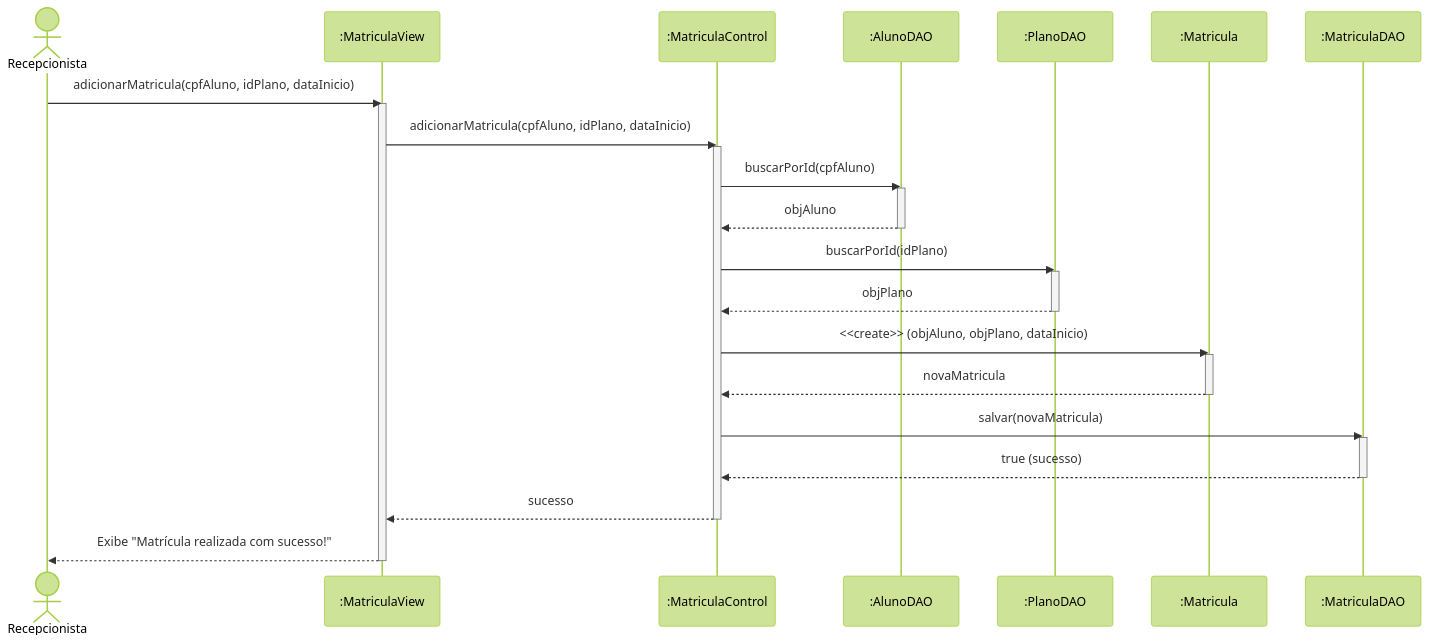
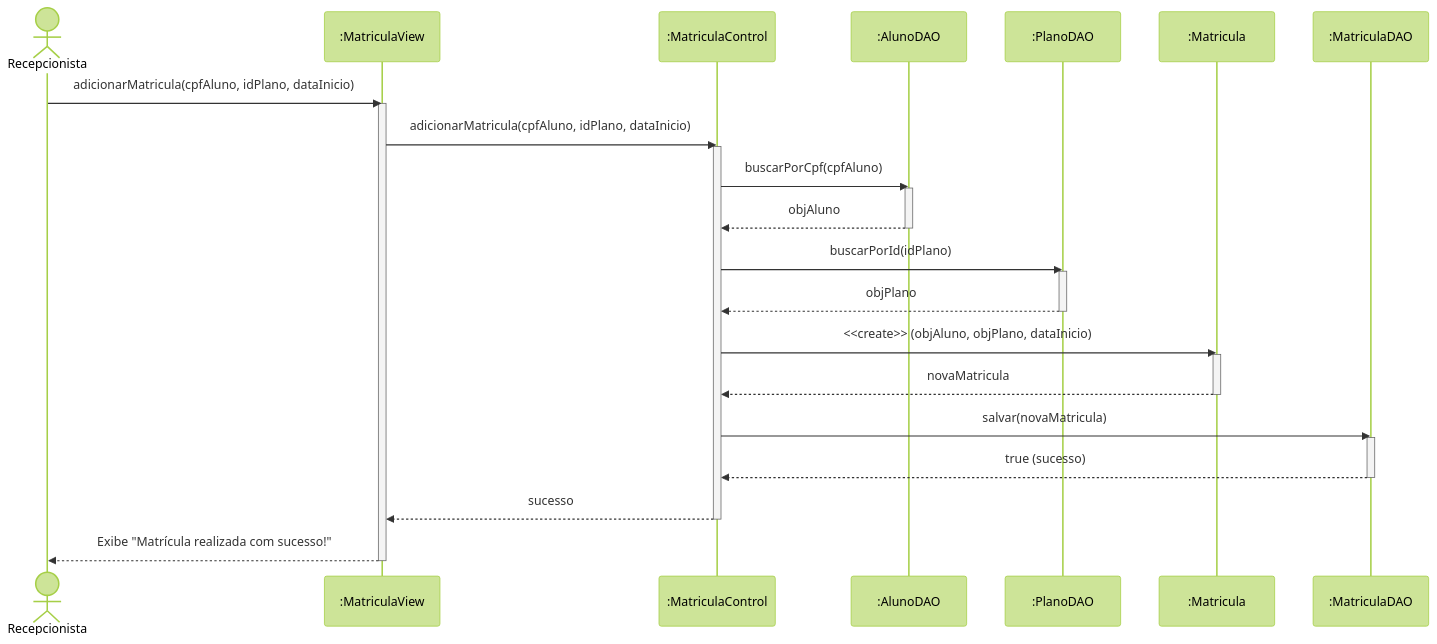
Before and after one commit to binexe1113/OOP---Final: the diagram in Diagramas/DiagramadeSequencia/RecepcionistaCriaMatricula.mmd, drawn with Mermaid (forest theme).

Commit message:
Fix method name from buscarPorId to buscarPorCpf

```diff
--- a/Diagramas/DiagramadeSequencia/RecepcionistaCriaMatricula.mmd
+++ b/Diagramas/DiagramadeSequencia/RecepcionistaCriaMatricula.mmd
@@ -1,40 +1,40 @@
 sequenceDiagram
     actor R as Recepcionista
     participant MV as :MatriculaView
     participant MC as :MatriculaControl
     participant AD as :AlunoDAO
     participant PD as :PlanoDAO
     participant M as :Matricula
     participant MD as :MatriculaDAO
 
     R->>MV: adicionarMatricula(cpfAluno, idPlano, dataInicio)
     activate MV
 
     MV->>MC: adicionarMatricula(cpfAluno, idPlano, dataInicio)
     activate MC
 
-    MC->>AD: buscarPorId(cpfAluno)
+    MC->>AD: buscarPorCpf(cpfAluno)
     activate AD
     AD-->>MC: objAluno
     deactivate AD
 
     MC->>PD: buscarPorId(idPlano)
     activate PD
     PD-->>MC: objPlano
     deactivate PD
 
     MC->>M: <<create>> (objAluno, objPlano, dataInicio)
     activate M
     M-->>MC: novaMatricula
     deactivate M
 
     MC->>MD: salvar(novaMatricula)
     activate MD
     MD-->>MC: true (sucesso)
     deactivate MD
 
     MC-->>MV: sucesso
     deactivate MC
 
     MV-->>R: Exibe "Matrícula realizada com sucesso!"
     deactivate MV
```
